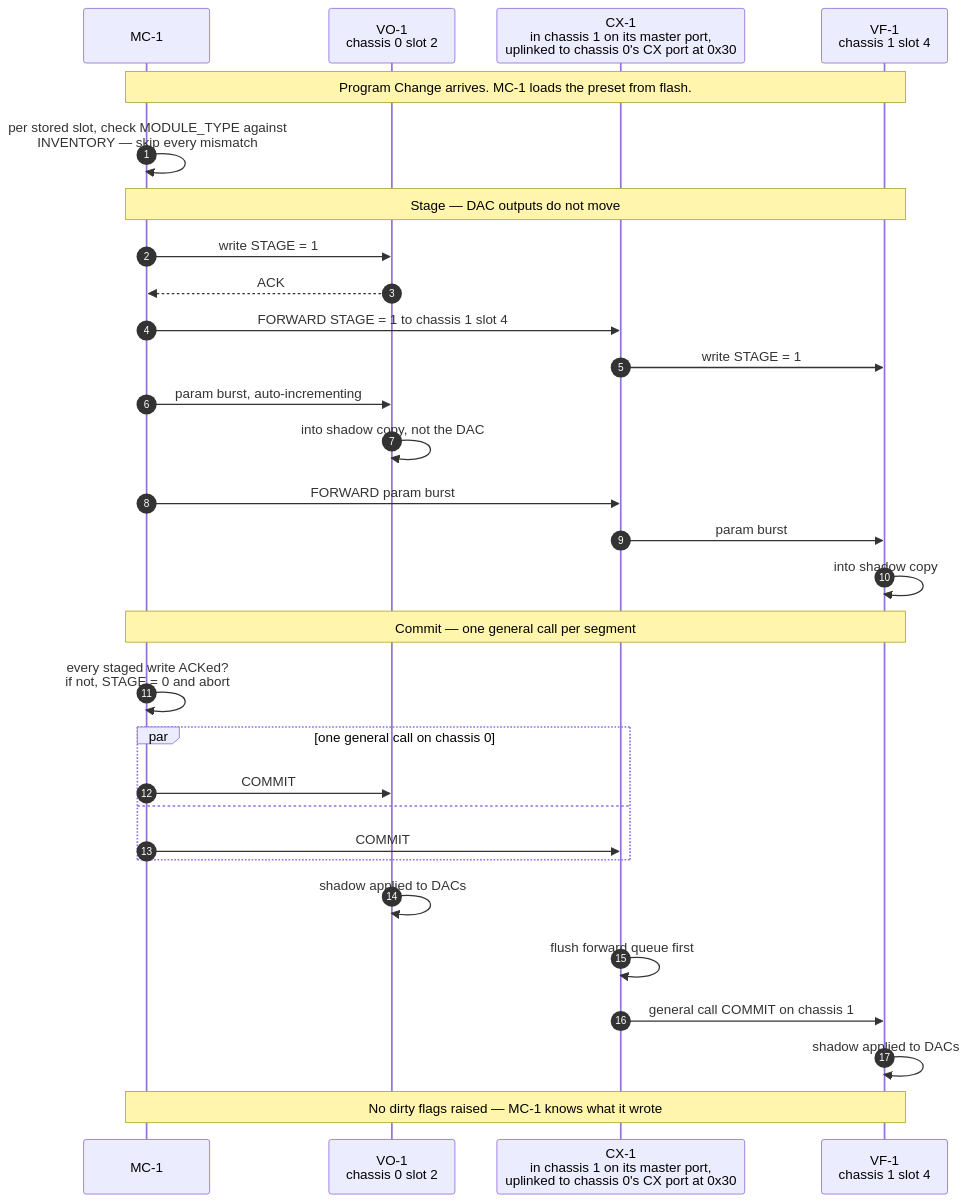
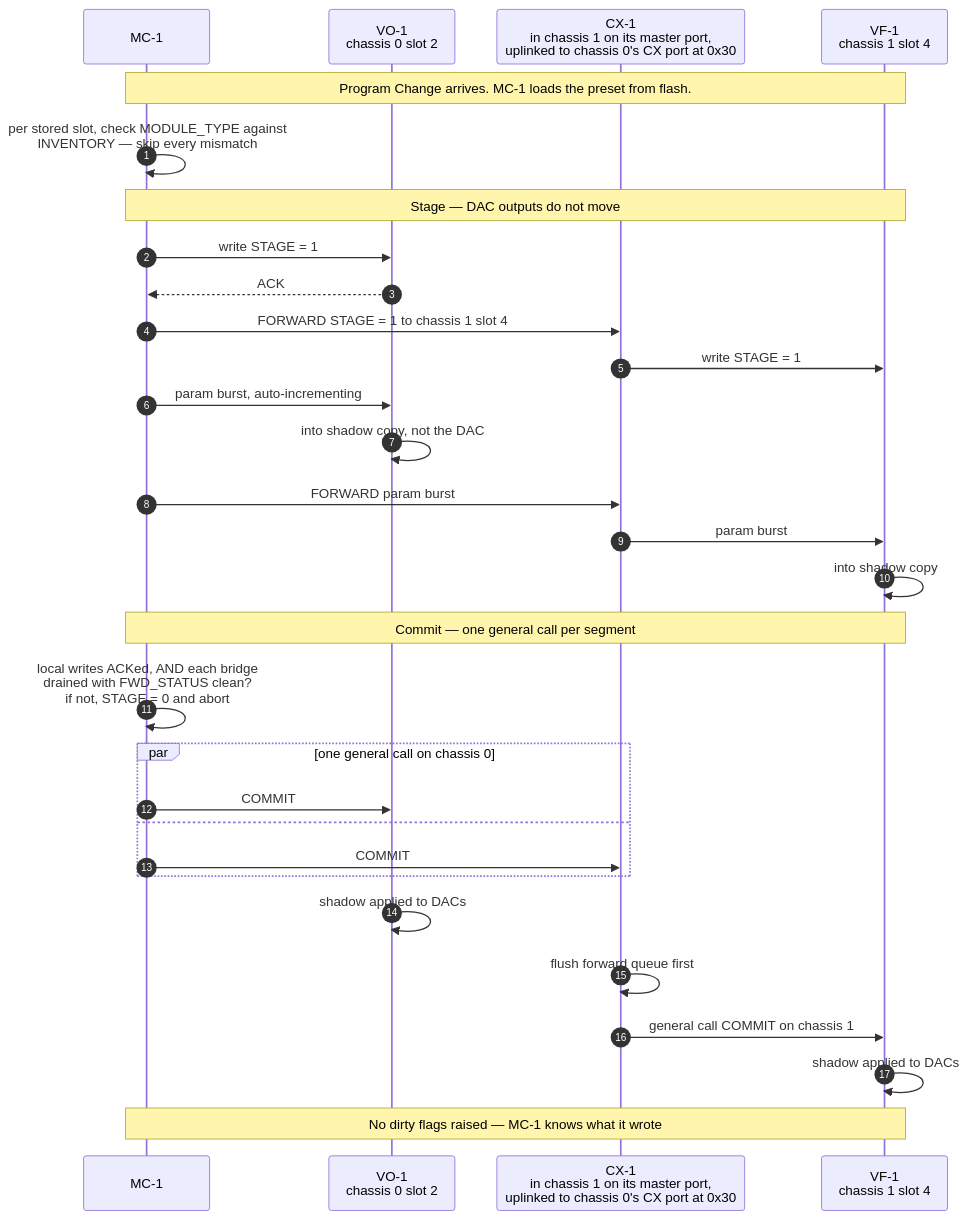
The third of 3 diagrams in BUS.md (rvodden/fluxtron), drawn with Mermaid before and after one commit. The commit also changed other lines of this file and 2 other files, not shown here.

````diff
--- a/BUS.md
+++ b/BUS.md
@@ -676,37 +676,37 @@
 ```mermaid
 sequenceDiagram
     autonumber
     participant MC1 as MC-1
     participant VO1 as VO-1<br/>chassis 0 slot 2
     participant CX1 as CX-1<br/>in chassis 1 on its master port,<br/>uplinked to chassis 0's CX port at 0x30
     participant VF1 as VF-1<br/>chassis 1 slot 4
 
     Note over MC1,VF1: Program Change arrives. MC-1 loads the preset from flash.
     MC1->>MC1: per stored slot, check MODULE_TYPE against<br/>INVENTORY — skip every mismatch
 
     Note over MC1,VF1: Stage — DAC outputs do not move
     MC1->>VO1: write STAGE = 1
     VO1-->>MC1: ACK
     MC1->>CX1: FORWARD STAGE = 1 to chassis 1 slot 4
     CX1->>VF1: write STAGE = 1
     MC1->>VO1: param burst, auto-incrementing
     VO1->>VO1: into shadow copy, not the DAC
     MC1->>CX1: FORWARD param burst
     CX1->>VF1: param burst
     VF1->>VF1: into shadow copy
 
     Note over MC1,VF1: Commit — one general call per segment
-    MC1->>MC1: every staged write ACKed?<br/>if not, STAGE = 0 and abort
+    MC1->>MC1: local writes ACKed, AND each bridge<br/>drained with FWD_STATUS clean?<br/>if not, STAGE = 0 and abort
 
     par one general call on chassis 0
         MC1->>VO1: COMMIT
     and
         MC1->>CX1: COMMIT
     end
 
     VO1->>VO1: shadow applied to DACs
     CX1->>CX1: flush forward queue first
     CX1->>VF1: general call COMMIT on chassis 1
     VF1->>VF1: shadow applied to DACs
     Note over MC1,VF1: No dirty flags raised — MC-1 knows what it wrote
 ```
````
